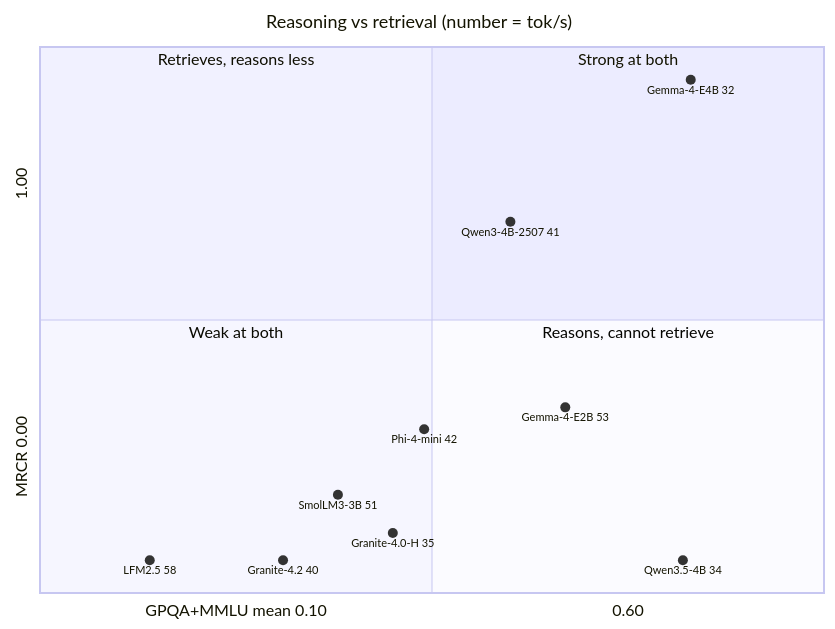
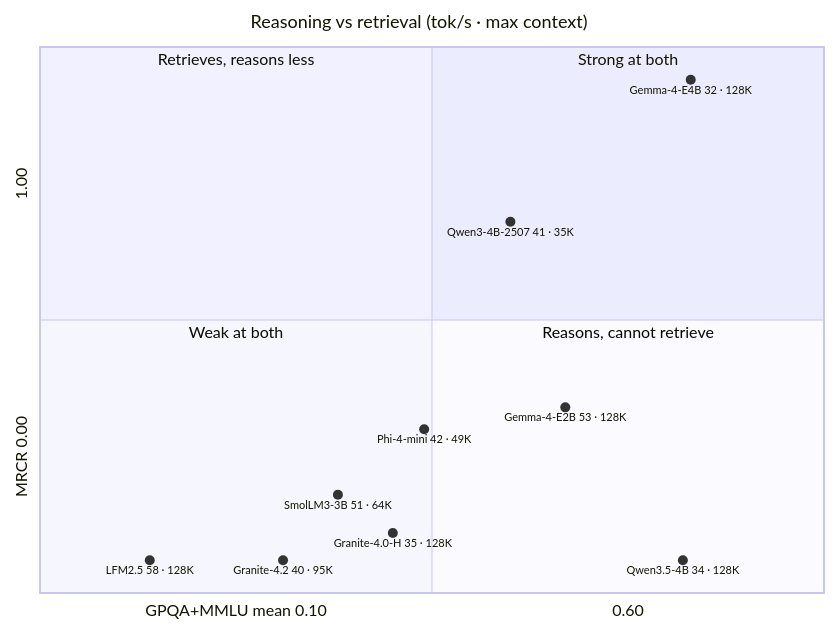
The diagram in models.md (maximosipov/macbook-pro-2019-radeon-5500m-4gb), drawn with Mermaid before and after one commit. The commit also changed other lines of this file, not shown here.

Commit message:
Add each model's maximum context on this card to the quadrant chart
Labels now read "name tok/s · max context", so the chart carries the three
constraints that actually bind on a 4 GB card: how fast it types, how much it
can be asked to remember, and whether it can find anything in that context.

The context figures are the measured q4_0 maxima from the ceilings table, and a
check confirms they still match it. The added paragraph makes the point the
numbers alone hide: five models hold their full 128K window and they sit in
every quadrant, so context capacity is set by KV geometry rather than by model
quality. Only Qwen3-4B-2507 (35K) and Phi-4-mini (49K) are genuinely squeezed.

Rendered and inspected before committing; the longer labels still fit without
overlap or clipping.

````diff
--- a/models.md
+++ b/models.md
@@ -22,27 +22,27 @@
 ```mermaid
 ---
 config:
   quadrantChart:
     chartWidth: 820
     chartHeight: 620
     pointLabelFontSize: 11
     titleFontSize: 18
 ---
 quadrantChart
-    title Reasoning vs retrieval (number = tok/s)
+    title Reasoning vs retrieval (tok/s · max context)
     x-axis "GPQA+MMLU mean 0.10" --> "0.60"
     y-axis "MRCR 0.00" --> "1.00"
     quadrant-1 Strong at both
     quadrant-2 Retrieves, reasons less
     quadrant-3 Weak at both
     quadrant-4 Reasons, cannot retrieve
-    Gemma-4-E4B 32: [0.83, 0.94]
-    Qwen3-4B-2507 41: [0.60, 0.68]
-    Gemma-4-E2B 53: [0.67, 0.34]
-    Phi-4-mini 42: [0.49, 0.30]
-    SmolLM3-3B 51: [0.38, 0.18]
-    Granite-4.0-H 35: [0.45, 0.11]
-    Granite-4.2 40: [0.31, 0.06]
-    LFM2.5 58: [0.14, 0.06]
-    Qwen3.5-4B 34: [0.82, 0.06]
+    Gemma-4-E4B 32 · 128K: [0.83, 0.94]
+    Qwen3-4B-2507 41 · 35K: [0.60, 0.68]
+    Gemma-4-E2B 53 · 128K: [0.67, 0.34]
+    Phi-4-mini 42 · 49K: [0.49, 0.30]
+    SmolLM3-3B 51 · 64K: [0.38, 0.18]
+    Granite-4.0-H 35 · 128K: [0.45, 0.11]
+    Granite-4.2 40 · 95K: [0.31, 0.06]
+    LFM2.5 58 · 128K: [0.14, 0.06]
+    Qwen3.5-4B 34 · 128K: [0.82, 0.06]
 ```
````
